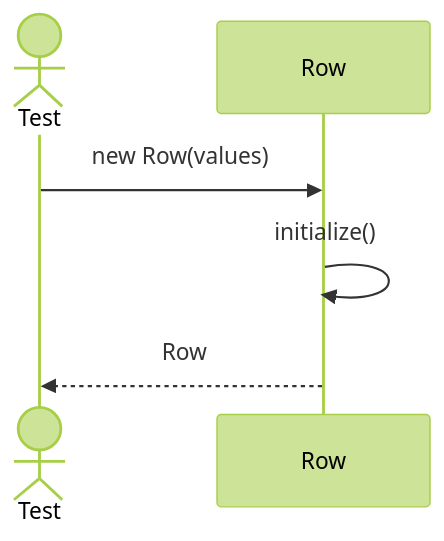
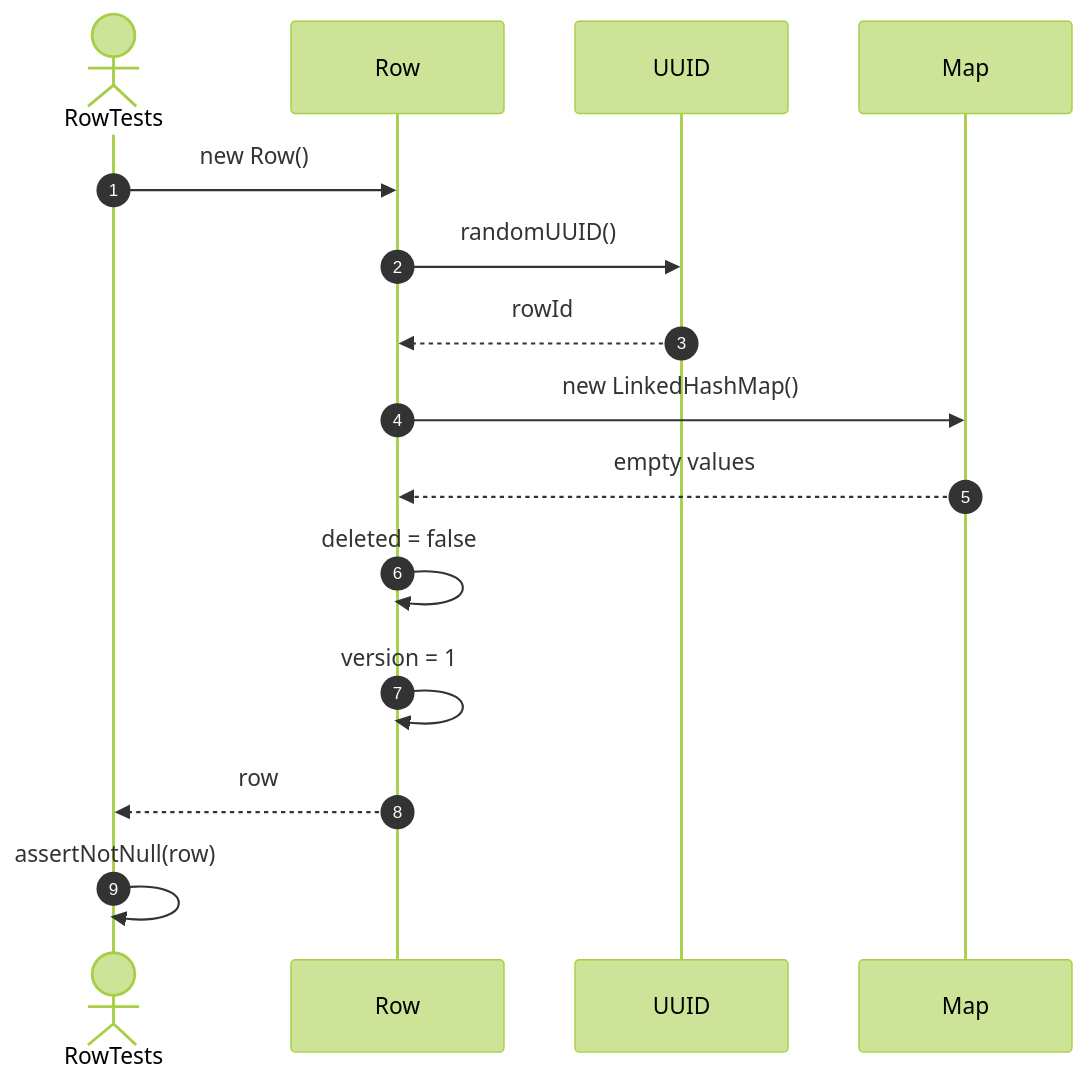
One commit to FhuAnn/-bbv-AN-s-DBMS changed the first of 33 diagrams in src/tests/unit/metadata/sequences/rows-testing.se.md. Above: the diagram before and after it, drawn with Mermaid (forest theme). The commit also changed other lines of this file and 60 other files, not shown here.

Commit message:
refactor data table, row, column, constraint, index test file

````diff
--- a/src/tests/unit/metadata/sequences/rows-testing.se.md
+++ b/src/tests/unit/metadata/sequences/rows-testing.se.md
@@ -7,11 +10,24 @@
 ```mermaid
 sequenceDiagram
-actor Test
-participant Row
+    autonumber
 
-Test->>Row: new Row(values)
+    actor Test as RowTests
+    participant Row as Row
+    participant UUID as UUID
+    participant Values as Map
 
-Row->>Row: initialize()
+    Test->>Row: new Row()
 
-Row-->>Test: Row
+    Row->>UUID: randomUUID()
+    UUID-->>Row: rowId
+
+    Row->>Values: new LinkedHashMap()
+    Values-->>Row: empty values
+
+    Row->>Row: deleted = false
+    Row->>Row: version = 1
+
+    Row-->>Test: row
+
+    Test->>Test: assertNotNull(row)
 ```
````
